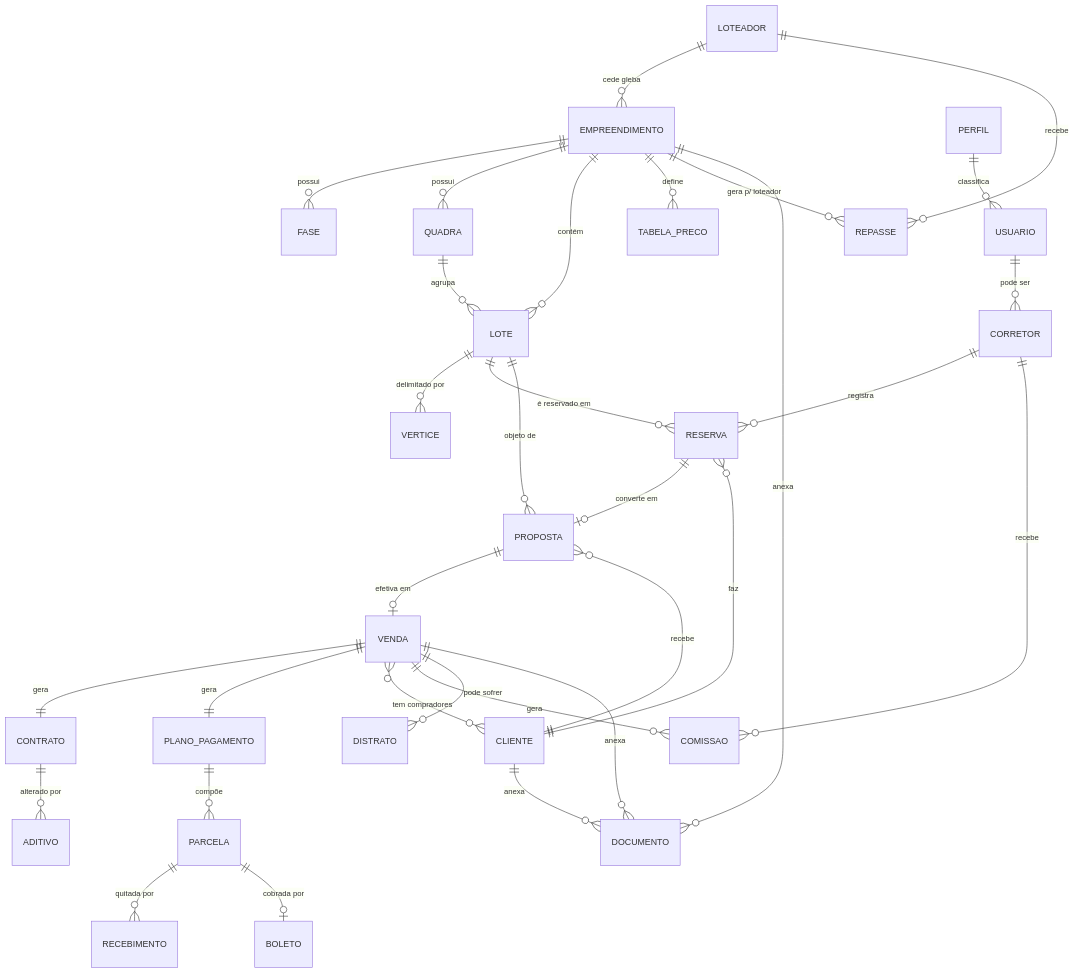
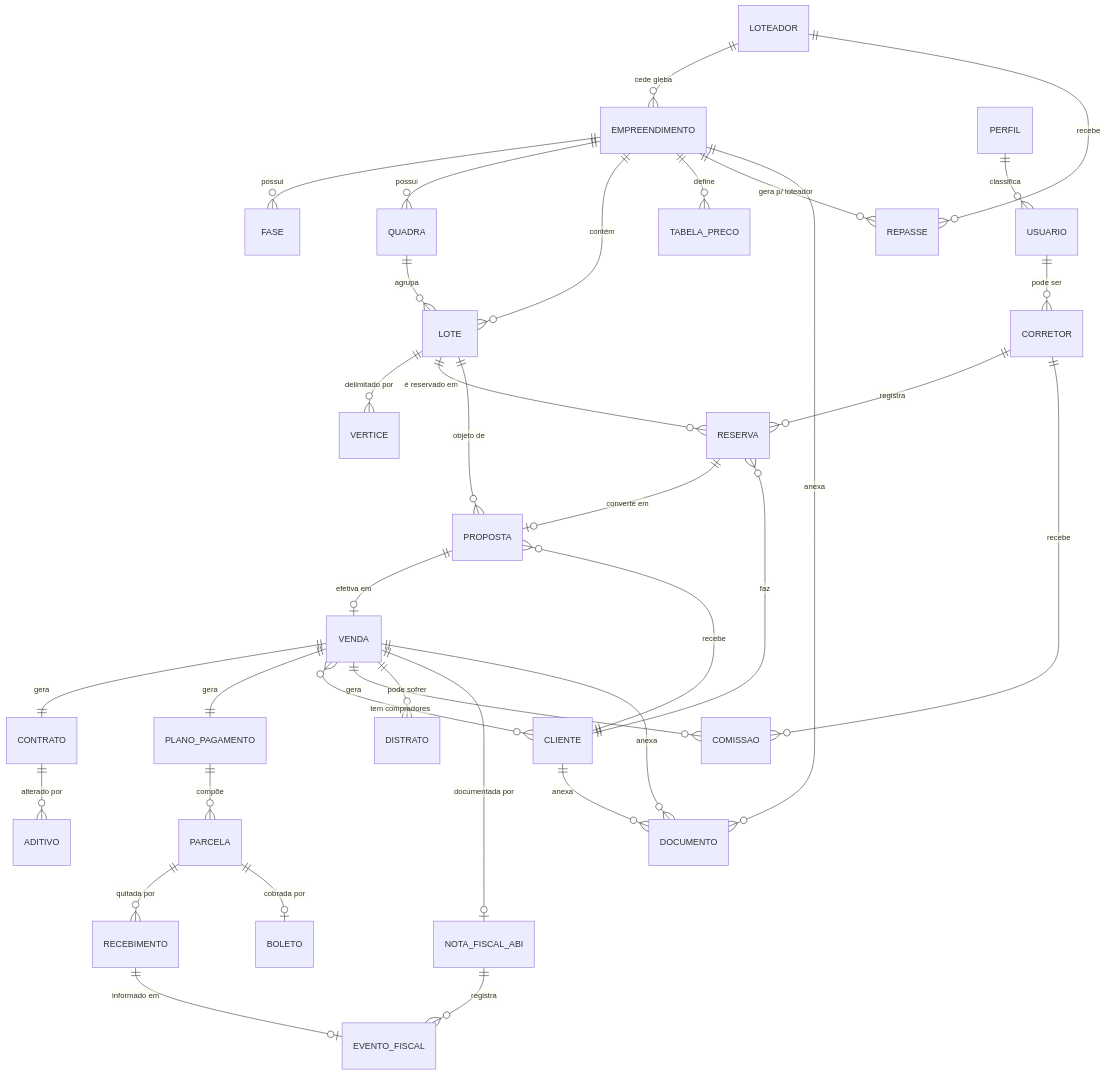
One commit to juliocezarvoltolini/Imob changed the first of 3 diagrams in docs/02-modelo-de-dominio.md. Above: the diagram before and after it, drawn with Mermaid. The commit also changed other lines of this file and 8 other files, not shown here.

First line of the commit message:
docs: módulo Fiscal — NF-e ABI (modelo 77)

````diff
--- a/docs/02-modelo-de-dominio.md
+++ b/docs/02-modelo-de-dominio.md
@@ -18,42 +18,46 @@
 ```mermaid
 erDiagram
     LOTEADOR ||--o{ EMPREENDIMENTO : "cede gleba"
     EMPREENDIMENTO ||--o{ FASE : possui
     EMPREENDIMENTO ||--o{ QUADRA : possui
     EMPREENDIMENTO ||--o{ LOTE : contém
     QUADRA ||--o{ LOTE : agrupa
     LOTE ||--o{ VERTICE : "delimitado por"
     EMPREENDIMENTO ||--o{ TABELA_PRECO : define
 
     CLIENTE ||--o{ RESERVA : faz
     CORRETOR ||--o{ RESERVA : registra
     LOTE ||--o{ RESERVA : "é reservado em"
 
     RESERVA ||--o| PROPOSTA : "converte em"
     CLIENTE ||--o{ PROPOSTA : recebe
     LOTE ||--o{ PROPOSTA : "objeto de"
     PROPOSTA ||--o| VENDA : "efetiva em"
 
     VENDA ||--|| CONTRATO : gera
     VENDA ||--|| PLANO_PAGAMENTO : gera
     VENDA }o--o{ CLIENTE : "tem compradores"
     VENDA ||--o{ COMISSAO : gera
     CORRETOR ||--o{ COMISSAO : recebe
 
     PLANO_PAGAMENTO ||--o{ PARCELA : compõe
     PARCELA ||--o{ RECEBIMENTO : "quitada por"
     PARCELA ||--o| BOLETO : "cobrada por"
 
     VENDA ||--o{ DISTRATO : "pode sofrer"
     CONTRATO ||--o{ ADITIVO : "alterado por"
 
     EMPREENDIMENTO ||--o{ REPASSE : "gera p/ loteador"
     LOTEADOR ||--o{ REPASSE : recebe
 
+    VENDA ||--o| NOTA_FISCAL_ABI : "documentada por"
+    NOTA_FISCAL_ABI ||--o{ EVENTO_FISCAL : registra
+    RECEBIMENTO ||--o| EVENTO_FISCAL : "informado em"
+
     CLIENTE ||--o{ DOCUMENTO : anexa
     VENDA ||--o{ DOCUMENTO : anexa
     EMPREENDIMENTO ||--o{ DOCUMENTO : anexa
 
     USUARIO ||--o{ CORRETOR : "pode ser"
     PERFIL ||--o{ USUARIO : classifica
 ```
````
